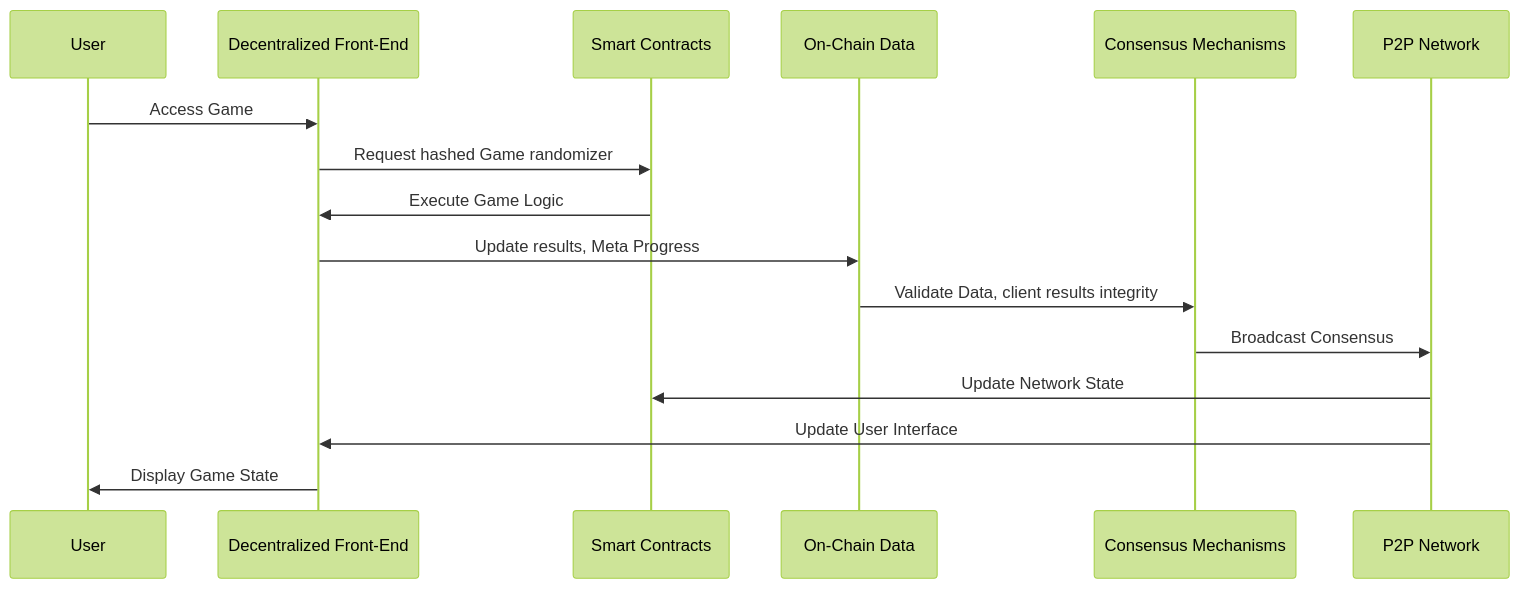
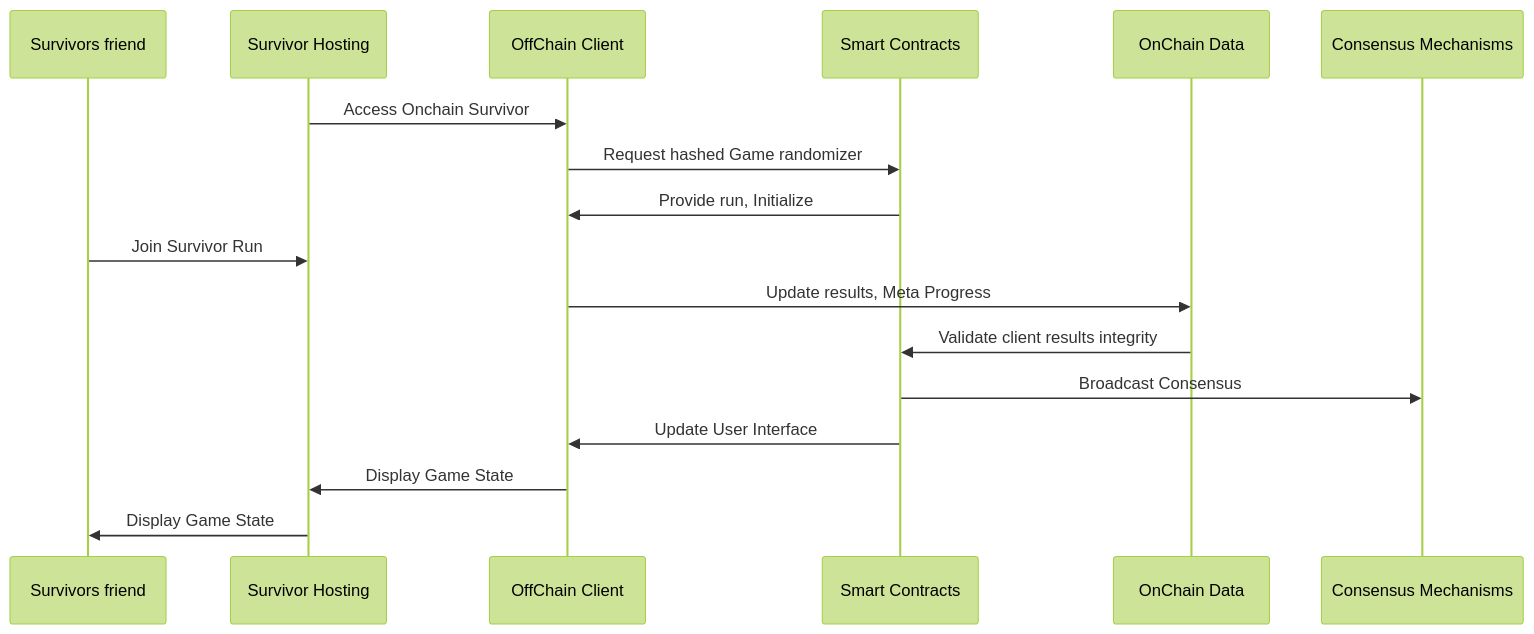
Before and after one commit to OnChainSurvivor/OnChainSurvivor: the second of 2 diagrams in README.md, drawn with Mermaid (forest theme). The commit also changed other lines of this file and 1 other file, not shown here.

Commit message:
Fixed Diagrams, cleaned docs

````diff
--- a/README.md
+++ b/README.md
@@ -119,19 +104,20 @@
 ```mermaid
 sequenceDiagram
-    participant User
-    participant Client as Decentralized Front-End
+    participant User2 as Survivors friend
+    participant User as Survivor Hosting
+    participant Client as OffChain Client
     participant SmartContract as Smart Contracts
-    participant OnChainData as On-Chain Data
+    participant OnChainData as OnChain Data
     participant Consensus as Consensus Mechanisms
-    participant P2P as P2P Network
-
-    User ->> Client: Access Game
+    
+    User ->> Client: Access Onchain Survivor
     Client ->> SmartContract: Request hashed Game randomizer
-    SmartContract ->> Client: Execute Game Logic
+    SmartContract ->> Client: Provide run, Initialize
+    User2 ->> User: Join Survivor Run
     Client ->> OnChainData: Update results, Meta Progress
-    OnChainData ->> Consensus: Validate Data, client results integrity
-    Consensus ->> P2P: Broadcast Consensus
-    P2P ->> SmartContract: Update Network State
-    P2P ->> Client: Update User Interface
+    OnChainData ->> SmartContract: Validate client results integrity
+    SmartContract ->> Consensus: Broadcast Consensus
+    SmartContract ->> Client: Update User Interface
     Client ->> User: Display Game State
+    User ->> User2: Display Game State
 ```
````
